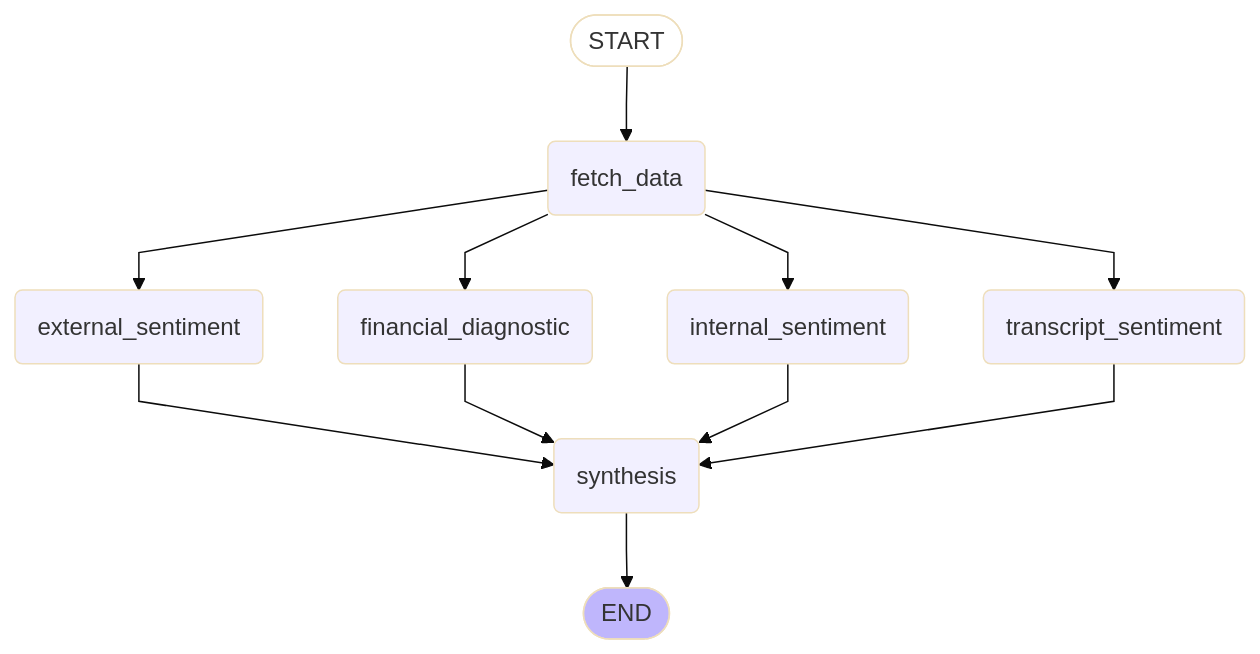
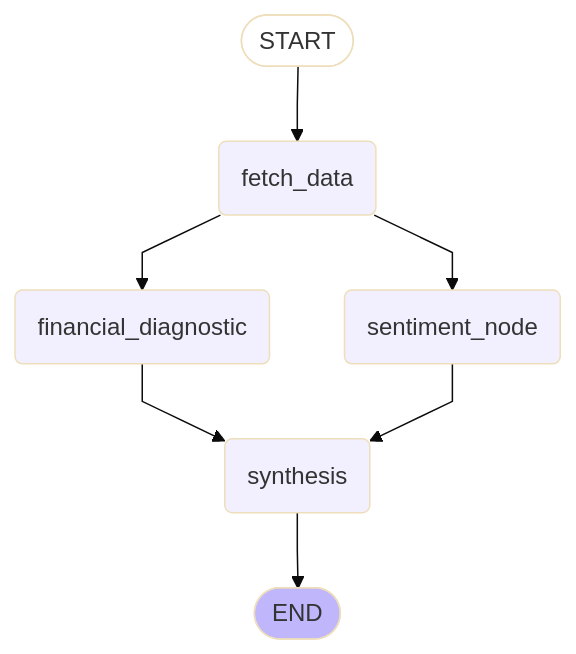
One commit to ShadmanSaquibR/analyst-in-a-box changed the diagram in README.md. Above: the diagram before and after it, drawn with Mermaid (base theme).

````diff
--- a/README.md
+++ b/README.md
@@ -11,29 +11,23 @@
 ```mermaid
 ---
 config:
   flowchart:
     curve: linear
 ---
 graph TD;
 	__start__([START]):::first
 	fetch_data(fetch_data)
 	financial_diagnostic(financial_diagnostic)
-	external_sentiment(external_sentiment)
-	internal_sentiment(internal_sentiment)
-	transcript_sentiment(transcript_sentiment)
+	sentiment_node(sentiment_node)
 	synthesis(synthesis)
 	__end__([END]):::last
 	__start__ --> fetch_data;
 	fetch_data --> financial_diagnostic;
-	fetch_data --> external_sentiment;
-	fetch_data --> internal_sentiment;
-	fetch_data --> transcript_sentiment;
-	external_sentiment --> synthesis;
+	fetch_data --> sentiment_node;
 	financial_diagnostic --> synthesis;
-	internal_sentiment --> synthesis;
-	transcript_sentiment --> synthesis;
+	sentiment_node --> synthesis;
 	synthesis --> __end__;
 	classDef default fill:#f2f0ff,line-height:1.2
 	classDef first fill-opacity:0
 	classDef last fill:#bfb6fc
 ```
````
